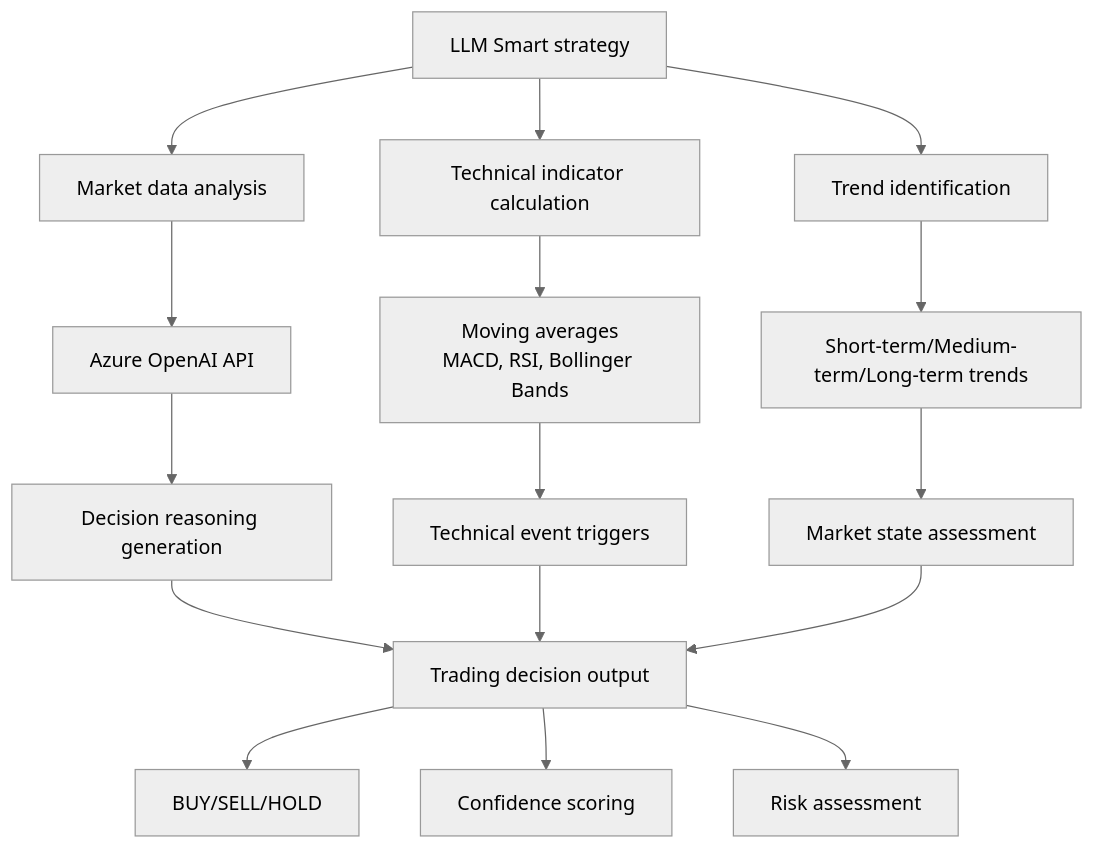
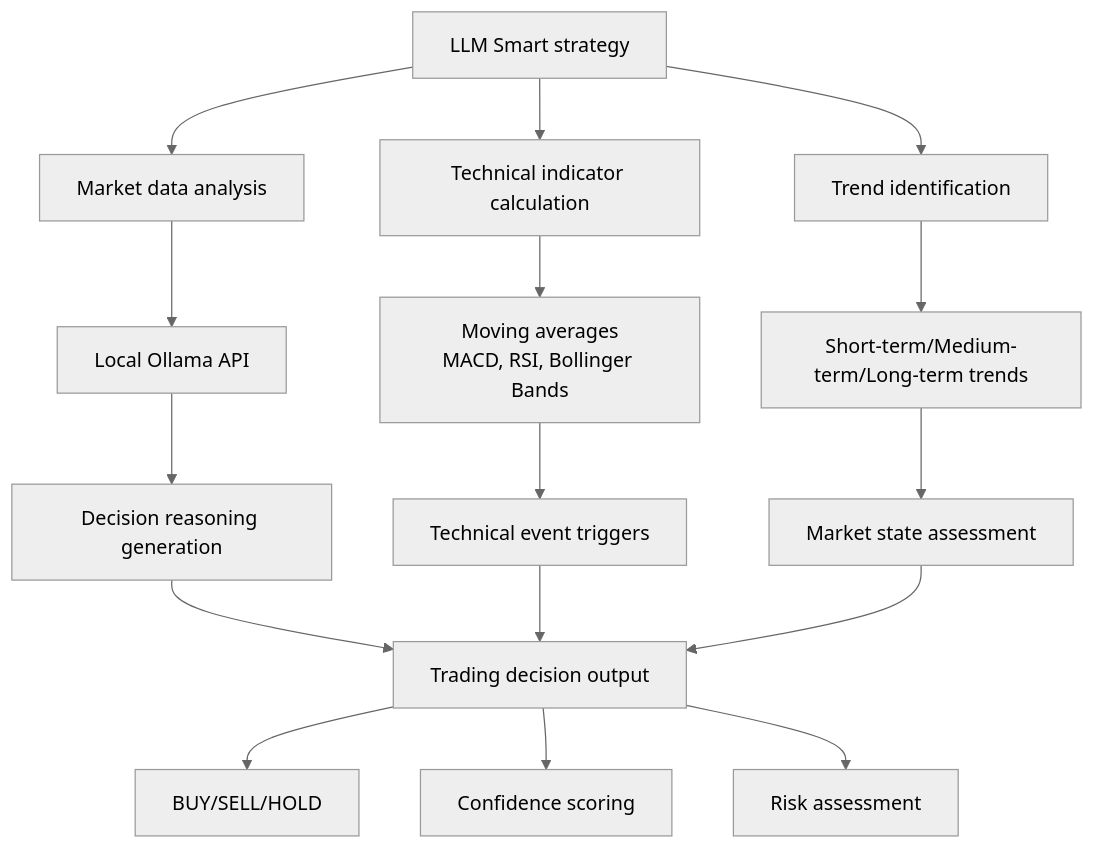
The fourth of 6 diagrams in design.md (TomeyGeneralCompany/llm-stock-trader-of-awesomeness), drawn with Mermaid (neutral theme) before and after one commit. The commit also changed other lines of this file and 16 other files, not shown here.

First line of the commit message:
Replace cloud AI integration with local Ollama Qwen 3

````diff
--- a/design.md
+++ b/design.md
@@ -94,22 +94,22 @@
 ```mermaid
 flowchart TD
     A[LLM Smart strategy] --> B[Market data analysis]
     A --> C[Technical indicator calculation]
     A --> D[Trend identification]
     
-    B --> E[Azure OpenAI API]
+    B --> E[Local Ollama API]
     C --> F[Moving averages<br/>MACD, RSI, Bollinger Bands]
     D --> G[Short-term/Medium-term/Long-term trends]
     
     E --> H[Decision reasoning generation]
     F --> I[Technical event triggers]
     G --> J[Market state assessment]
     
     H --> K[Trading decision output]
     I --> K
     J --> K
     
     K --> L[BUY/SELL/HOLD]
     K --> M[Confidence scoring]
     K --> N[Risk assessment]
 ```
````
